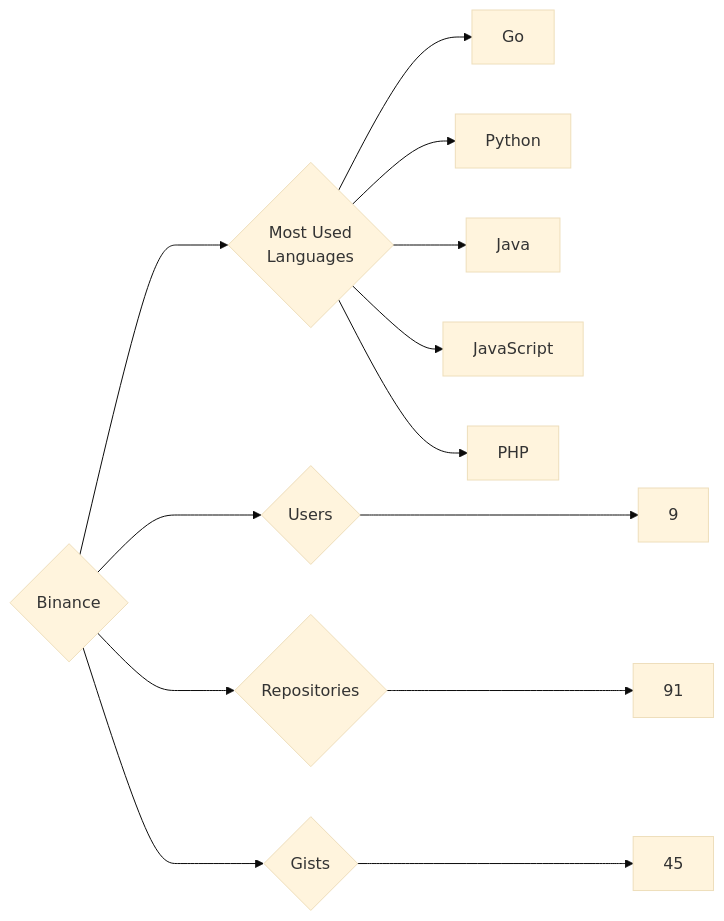
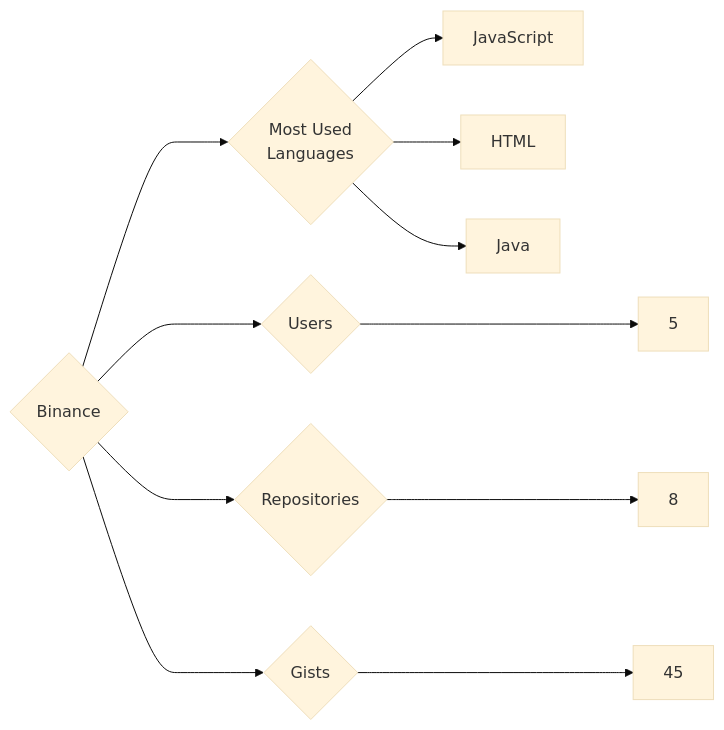
One commit to trickest/insiders changed the diagram in targets/Binance/README.md. Above: the diagram before and after it, drawn with Mermaid (base theme). The commit also changed 1170 other files, not shown here.

````diff
--- a/targets/Binance/README.md
+++ b/targets/Binance/README.md
@@ -3,13 +3,11 @@
 ```mermaid
 graph LR
 COMPANY_NAME{Binance}
-COMPANY_NAME ---> U{Users} ---> UN[9]
-COMPANY_NAME ---> R{Repositories} ---> RN[91]
+COMPANY_NAME ---> U{Users} ---> UN[5]
+COMPANY_NAME ---> R{Repositories} ---> RN[8]
 COMPANY_NAME ---> G{Gists} ---> GN[45]
 COMPANY_NAME ---> ML{Most Used<br>Languages}
-ML --> Go[Go]
-ML --> Python[Python]
+ML --> JavaScript[JavaScript]
+ML --> HTML[HTML]
 ML --> Java[Java]
-ML --> JavaScript[JavaScript]
-ML --> PHP[PHP]
 ```
````
